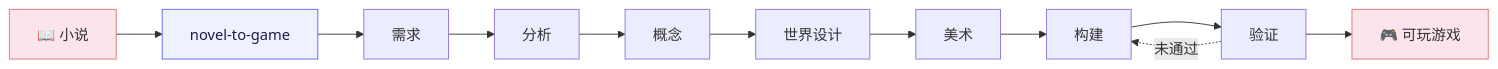
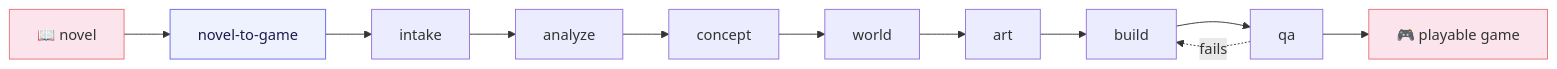
The diagram in README.md (worldwonderer/novel-to-game), drawn with Mermaid before and after one commit. The commit also changed other lines of this file and 399 other files, not shown here.

````diff
--- a/README.md
+++ b/README.md
@@ -112,9 +116,9 @@
 ```mermaid
 flowchart LR
     classDef io fill:#fce4ec,color:#333,stroke:#e57373,stroke-width:1px
     classDef orch fill:#eef2ff,color:#1e1b4b,stroke:#6366f1,stroke-width:1px
 
-    novel["📖 小说"]:::io --> orch["novel-to-game"]:::orch
-    orch --> 需求 --> 分析 --> 概念 --> 世界设计 --> 美术 --> 构建 --> 验证 --> game["🎮 可玩游戏"]:::io
-    验证 -.->|未通过| 构建
+    novel["📖 novel"]:::io --> orch["novel-to-game"]:::orch
+    orch --> intake --> analyze --> concept --> world --> art --> build --> qa --> game["🎮 playable game"]:::io
+    qa -.->|fails| build
 ```
````
